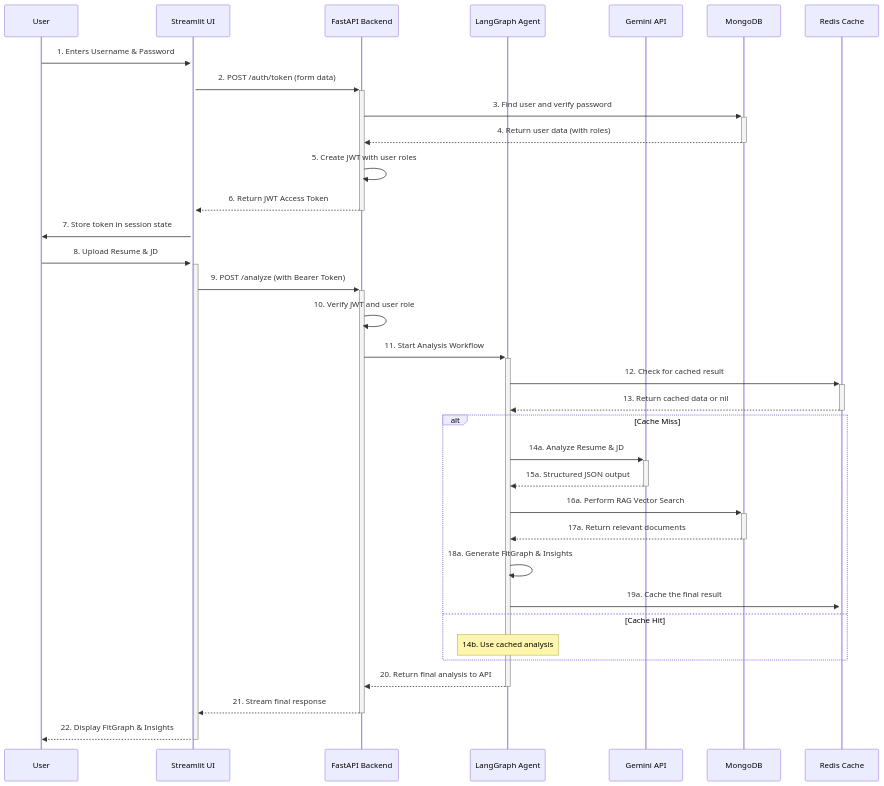
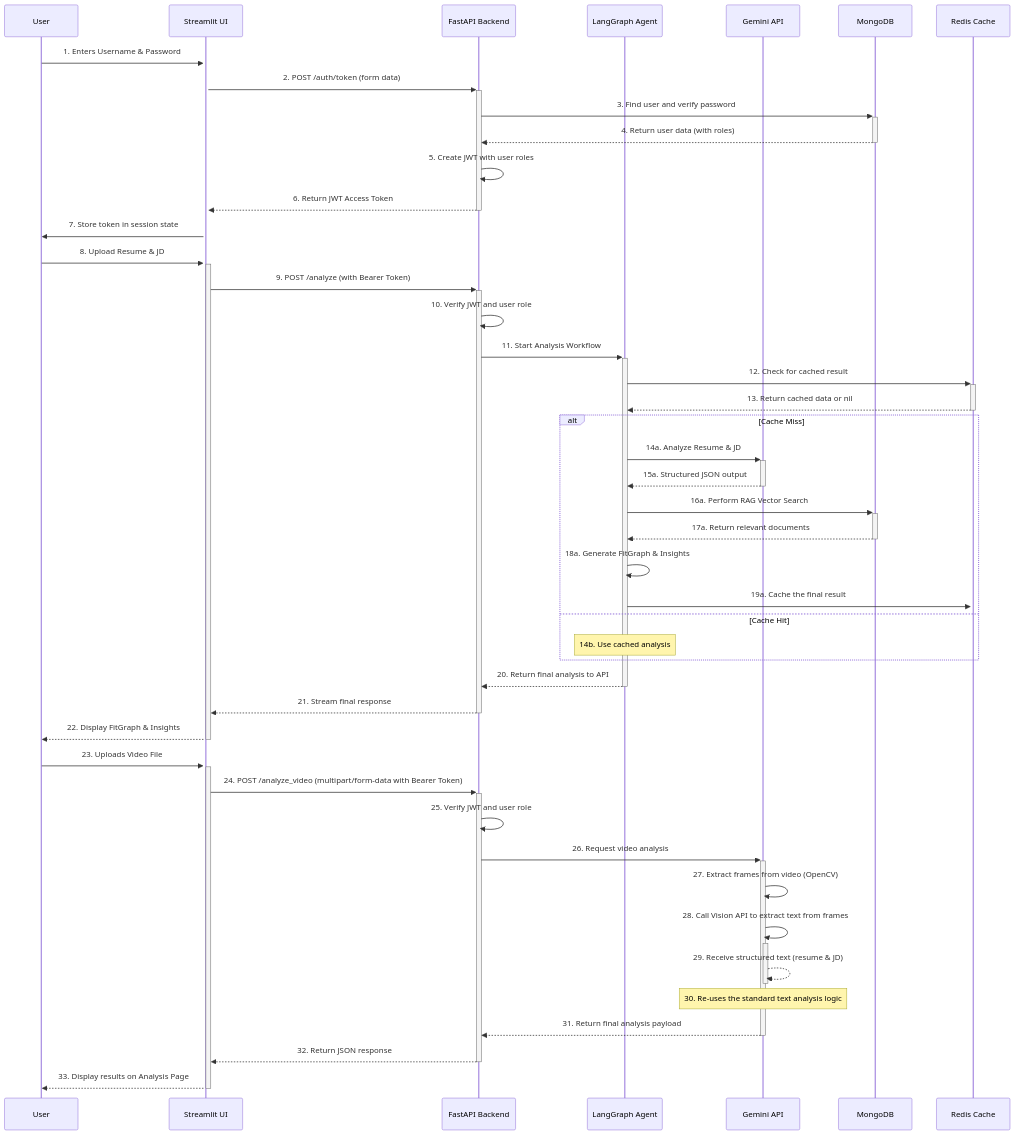
The diagram in docs/end-to-end-flow.mmd (nirajmind/CareerPilot), drawn with Mermaid before and after one commit. The commit also changed 2 other files, not shown here.

Commit message:
Modified the design diagram and the readme to reflect video analysis
Modified the design diagram and the readme to reflect video analysis

````diff
--- a/docs/end-to-end-flow.mmd
+++ b/docs/end-to-end-flow.mmd
@@ -1,47 +1,64 @@
 ```mermaid
 sequenceDiagram
     participant User
     participant StreamlitUI as Streamlit UI
     participant FastAPI as FastAPI Backend
     participant Agent as LangGraph Agent
     participant Gemini as Gemini API
     participant MongoDB as MongoDB
     participant Redis as Redis Cache
 
     %% Authentication Flow %%
     User->>+StreamlitUI: 1. Enters Username & Password
     StreamlitUI->>+FastAPI: 2. POST /auth/token (form data)
     FastAPI->>+MongoDB: 3. Find user and verify password
     MongoDB-->>-FastAPI: 4. Return user data (with roles)
     FastAPI->>FastAPI: 5. Create JWT with user roles
     FastAPI-->>-StreamlitUI: 6. Return JWT Access Token
     StreamlitUI->>User: 7. Store token in session state
 
     %% Main Application Flow (Authenticated) %%
     User->>+StreamlitUI: 8. Upload Resume & JD
     StreamlitUI->>+FastAPI: 9. POST /analyze (with Bearer Token)
     
     FastAPI->>FastAPI: 10. Verify JWT and user role
     FastAPI->>+Agent: 11. Start Analysis Workflow
     
     Agent->>+Redis: 12. Check for cached result
     Redis-->>-Agent: 13. Return cached data or nil
     
     alt Cache Miss
         Agent->>+Gemini: 14a. Analyze Resume & JD
         Gemini-->>-Agent: 15a. Structured JSON output
         
         Agent->>+MongoDB: 16a. Perform RAG Vector Search
         MongoDB-->>-Agent: 17a. Return relevant documents
         
         Agent->>Agent: 18a. Generate FitGraph & Insights
         
         Agent->>+Redis: 19a. Cache the final result
     else Cache Hit
         Note over Agent: 14b. Use cached analysis
     end
 
     Agent-->>-FastAPI: 20. Return final analysis to API
     FastAPI-->>-StreamlitUI: 21. Stream final response
     StreamlitUI-->>-User: 22. Display FitGraph & Insights
+    
+    %% Video Analysis Flow (Authenticated) %%
+    User->>+StreamlitUI: 23. Uploads Video File
+    StreamlitUI->>+FastAPI: 24. POST /analyze_video (multipart/form-data with Bearer Token)
+    
+    FastAPI->>FastAPI: 25. Verify JWT and user role
+    FastAPI->>+Gemini: 26. Request video analysis
+    
+    Gemini->>Gemini: 27. Extract frames from video (OpenCV)
+    Gemini->>+Gemini: 28. Call Vision API to extract text from frames
+    Gemini-->>-Gemini: 29. Receive structured text (resume & JD)
+    
+    Note over Gemini: 30. Re-uses the standard text analysis logic
+    
+    Gemini-->>-FastAPI: 31. Return final analysis payload
+    FastAPI-->>-StreamlitUI: 32. Return JSON response
+    StreamlitUI-->>-User: 33. Display results on Analysis Page
 ```
````
